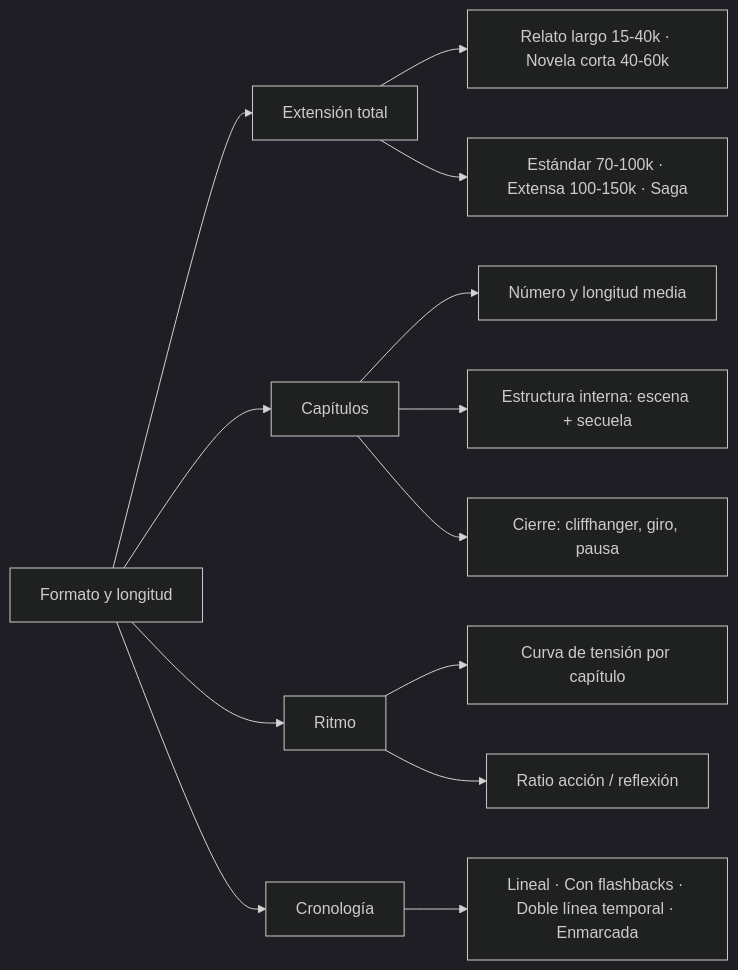
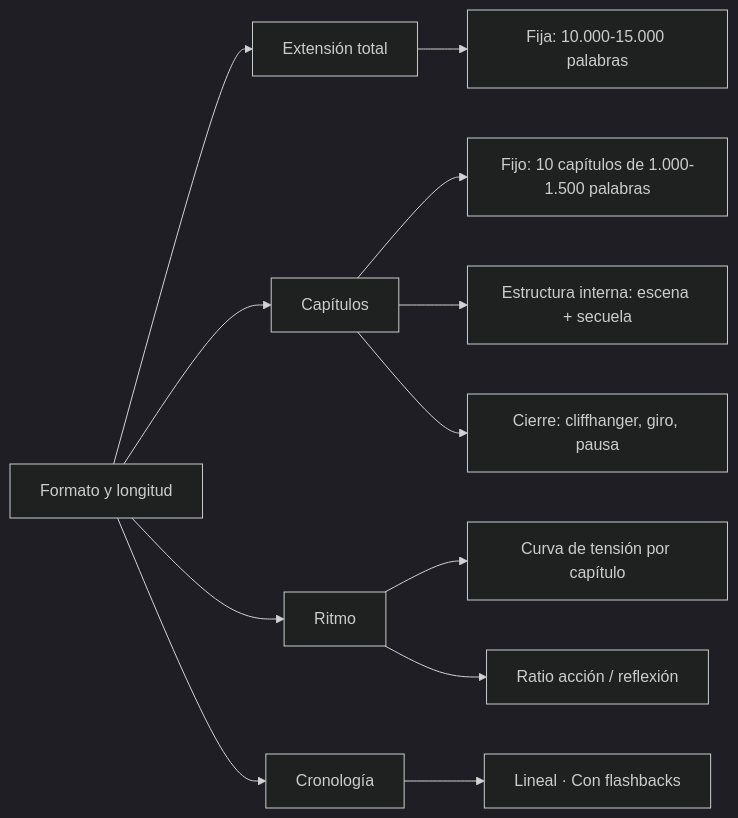
Before and after one commit to Asieribarz/my-story-marker: the fourth of 11 diagrams in docs/domain-knowledge.md, drawn with Mermaid (dark theme). The commit also changed other lines of this file and 6 other files, not shown here.

````diff
--- a/docs/domain-knowledge.md
+++ b/docs/domain-knowledge.md
@@ -79,19 +82,18 @@
 ```mermaid
 flowchart LR
   F["Formato y longitud"] --> F1["Extensión total"]
   F --> F2["Capítulos"]
   F --> F3["Ritmo"]
   F --> F4["Cronología"]
 
-  F1 --> F1a["Relato largo 15-40k · Novela corta 40-60k"]
-  F1 --> F1b["Estándar 70-100k · Extensa 100-150k · Saga"]
+  F1 --> F1a["Fija: 10.000-15.000 palabras"]
 
-  F2 --> F2a["Número y longitud media"]
+  F2 --> F2a["Fijo: 10 capítulos de 1.000-1.500 palabras"]
   F2 --> F2b["Estructura interna: escena + secuela"]
   F2 --> F2c["Cierre: cliffhanger, giro, pausa"]
 
   F3 --> F3a["Curva de tensión por capítulo"]
   F3 --> F3b["Ratio acción / reflexión"]
 
-  F4 --> F4a["Lineal · Con flashbacks · Doble línea temporal · Enmarcada"]
+  F4 --> F4a["Lineal · Con flashbacks"]
 ```
````
